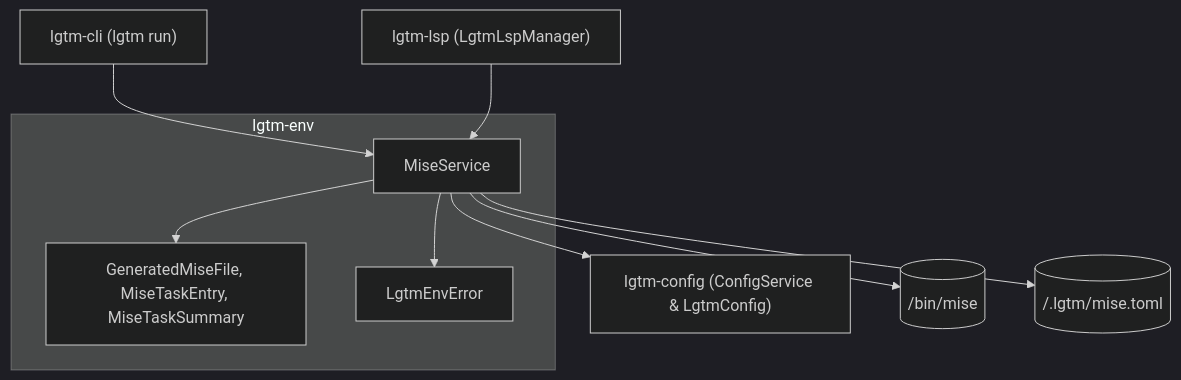
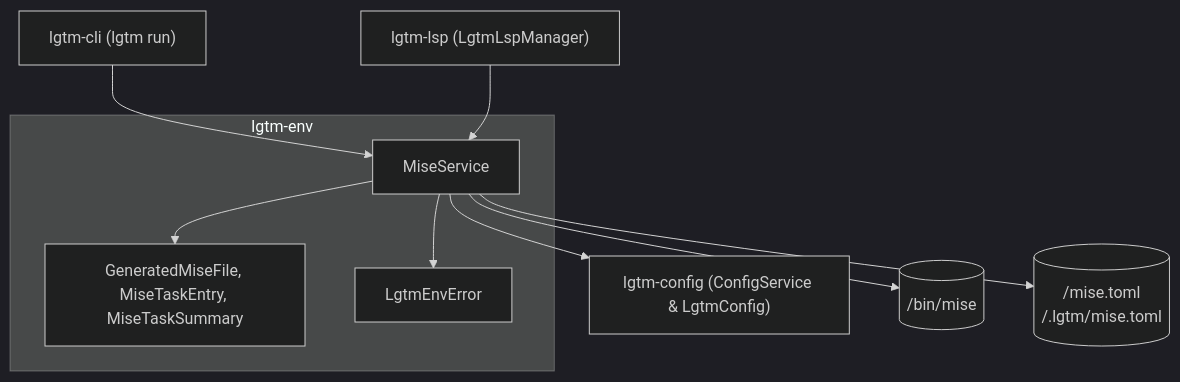
The first of 2 diagrams in docs/architecture/env/index.md (difflab-io/lgtm), drawn with Mermaid (dark theme) before and after one commit. The commit also changed other lines of this file and 57 other files, not shown here.

````diff
--- a/docs/architecture/env/index.md
+++ b/docs/architecture/env/index.md
@@ -48,18 +50,18 @@
 ```mermaid
 flowchart TB
     CLI["lgtm-cli (lgtm run)"]
     LSP["lgtm-lsp (LgtmLspManager)"]
     subgraph EnvLib["lgtm-env"]
         MISE_SVC["MiseService"]
         MISE_MOD["GeneratedMiseFile, MiseTaskEntry, MiseTaskSummary"]
         ERR["LgtmEnvError"]
         MISE_SVC --> MISE_MOD
         MISE_SVC --> ERR
     end
     CFG["lgtm-config (ConfigService & LgtmConfig)"]
     CLI --> MISE_SVC
     LSP --> MISE_SVC
     MISE_SVC --> CFG
     MISE_SVC --> BIN[("<lgtm_home>/bin/mise")]
-    MISE_SVC --> TOML[("<workspace>/.lgtm/mise.toml")]
+    MISE_SVC --> TOML[("<lgtm_home>/mise.toml\n<workspace>/.lgtm/mise.toml")]
 ```
````
